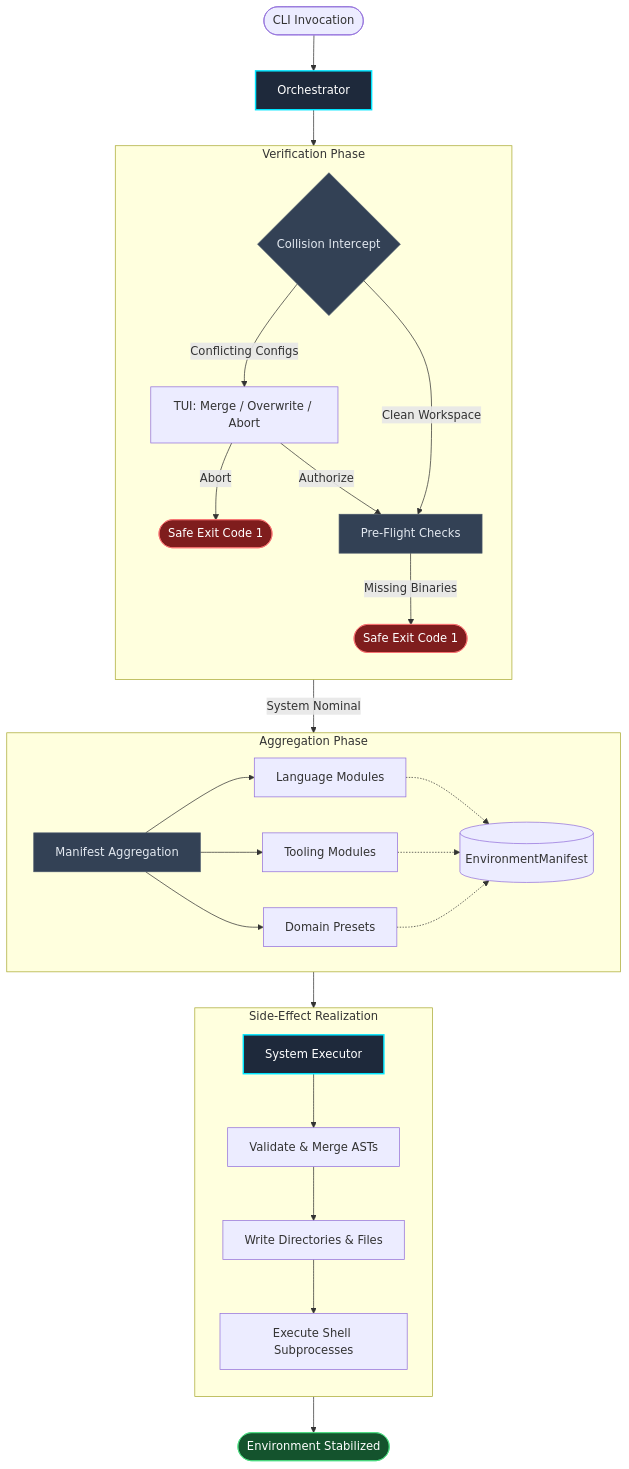
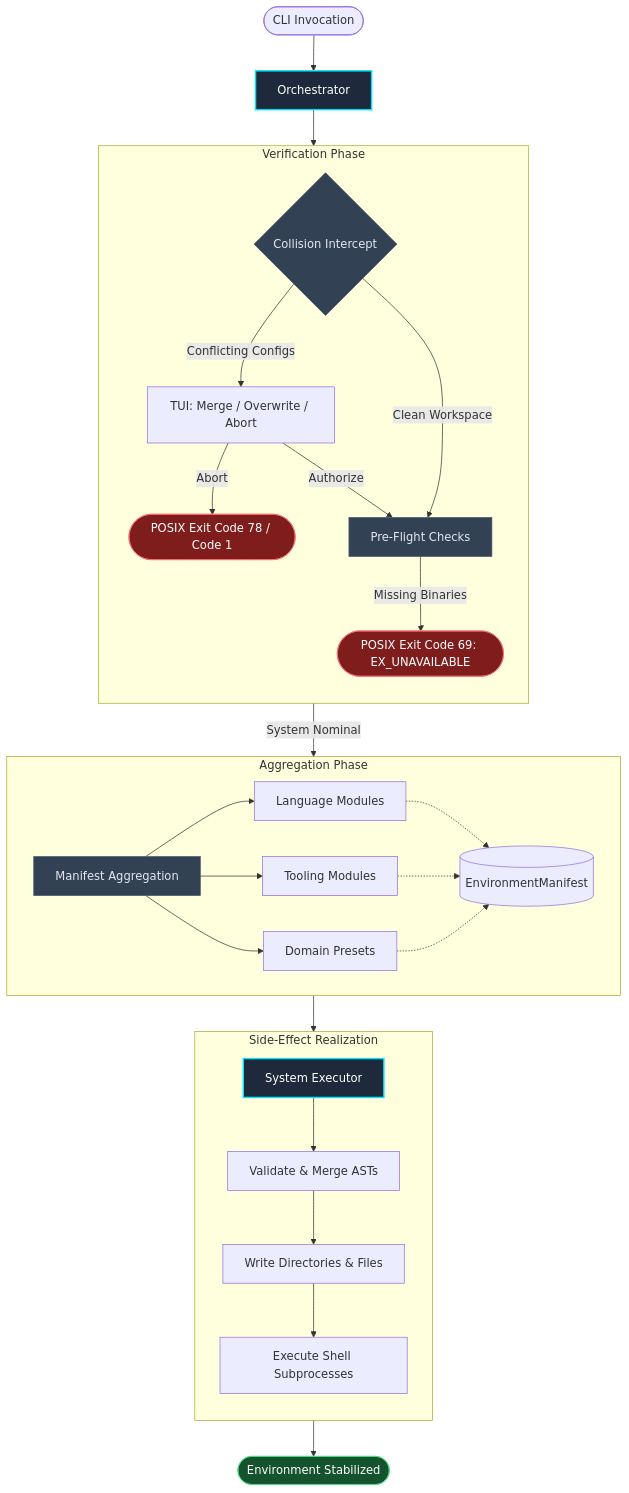
Before and after one commit to JacksonFergusonDev/protostar: the diagram in docs/mechanics/orchestrator.md, drawn with Mermaid. The commit also changed 4 other files, not shown here.

First line of the commit message:
docs: document error handling architecture and POSIX exit codes (#141)

````diff
--- a/docs/mechanics/orchestrator.md
+++ b/docs/mechanics/orchestrator.md
@@ -29,46 +29,46 @@
 ```mermaid
 flowchart TD
     %% Styling
     classDef core fill:#1e293b,stroke:#00e5ff,stroke-width:2px,color:#fff;
     classDef phase fill:#334155,stroke:#475569,stroke-width:1px,color:#e2e8f0;
     classDef error fill:#7f1d1d,stroke:#f87171,stroke-width:1px,color:#fff;
     classDef success fill:#14532d,stroke:#4ade80,stroke-width:1px,color:#fff;
 
     %% Nodes
     CLI([CLI Invocation]) --> O[Orchestrator]:::core
 
     subgraph VerificationPhase [Verification Phase]
         direction TB
         C{Collision Intercept}:::phase
         C -- Conflicting Configs --> P[TUI: Merge / Overwrite / Abort]
-        P -- Abort --> Exit1([Safe Exit Code 1]):::error
+        P -- Abort --> Exit1([POSIX Exit Code 78 / Code 1]):::error
         C -- Clean Workspace --> F[Pre-Flight Checks]:::phase
         P -- Authorize --> F
-        F -- Missing Binaries --> Exit2([Safe Exit Code 1]):::error
+        F -- Missing Binaries --> Exit2([POSIX Exit Code 69: EX_UNAVAILABLE]):::error
     end
 
     O --> VerificationPhase
 
     subgraph AggregationPhase [Aggregation Phase]
         direction LR
         M[Manifest Aggregation]:::phase
         L[Language Modules] -.-> E[(EnvironmentManifest)]
         T[Tooling Modules] -.-> E
         P_Pre[Domain Presets] -.-> E
         M --> L & T & P_Pre
     end
 
     VerificationPhase -- System Nominal --> AggregationPhase
 
     subgraph SideEffectRealization [Side-Effect Realization]
         direction TB
         X[System Executor]:::core
         D1[Validate & Merge ASTs]
         D2[Write Directories & Files]
         D3[Execute Shell Subprocesses]
         X --> D1 --> D2 --> D3
     end
 
     E --> SideEffectRealization
     SideEffectRealization --> End([Environment Stabilized]):::success
 ```
````
